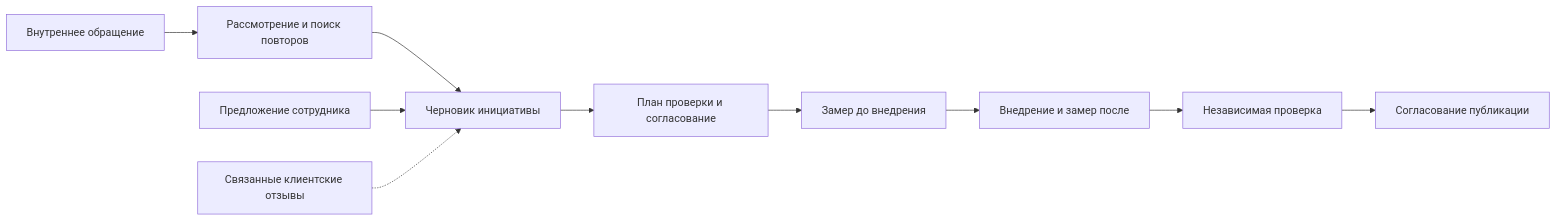
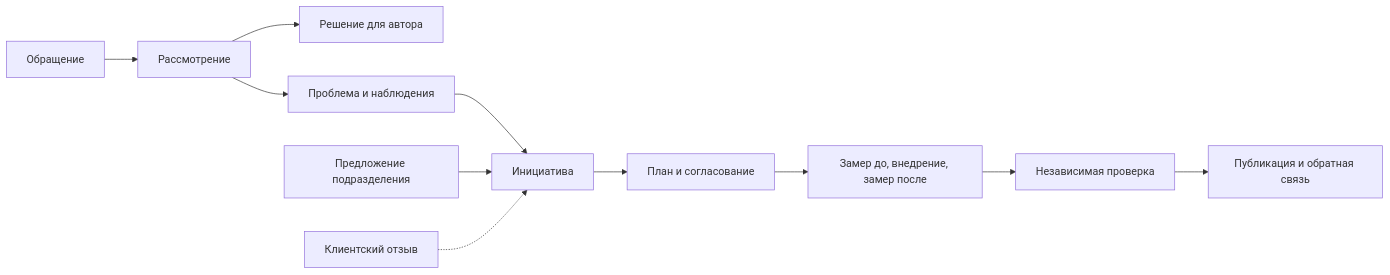
Before and after one commit to thebeles/modus: the first of 2 diagrams in README.md, drawn with Mermaid. The commit also changed other lines of this file and 22 other files, not shown here.

````diff
--- a/README.md
+++ b/README.md
@@ -27,12 +24,13 @@
 ```mermaid
 flowchart LR
-    A["Внутреннее обращение"] --> B["Рассмотрение и поиск повторов"]
-    B --> C["Черновик инициативы"]
-    P["Предложение сотрудника"] --> C
-    F["Связанные клиентские отзывы"] -.-> C
-    C --> D["План проверки и согласование"]
-    D --> E["Замер до внедрения"]
-    E --> G["Внедрение и замер после"]
-    G --> H["Независимая проверка"]
-    H --> I["Согласование публикации"]
+    A["Обращение"] --> B["Рассмотрение"]
+    B --> C["Решение для автора"]
+    B --> D["Проблема и наблюдения"]
+    D --> E["Инициатива"]
+    P["Предложение подразделения"] --> E
+    F["Клиентский отзыв"] -.-> E
+    E --> G["План и согласование"]
+    G --> H["Замер до, внедрение, замер после"]
+    H --> I["Независимая проверка"]
+    I --> J["Публикация и обратная связь"]
 ```
````
